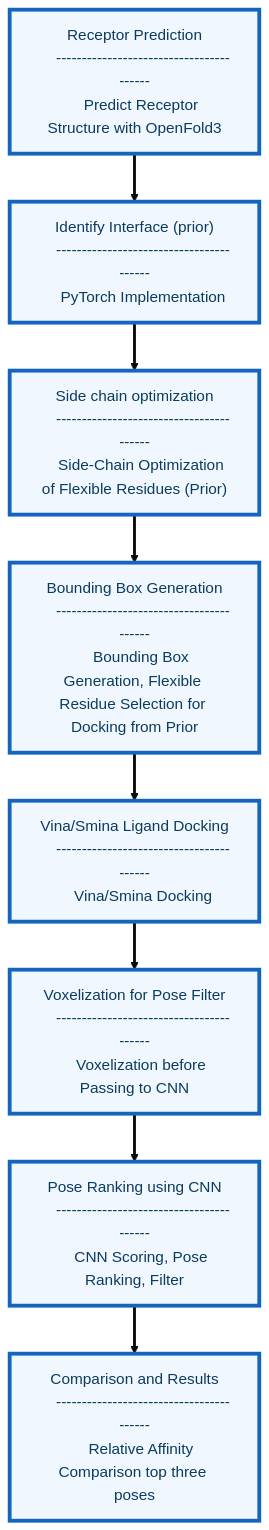
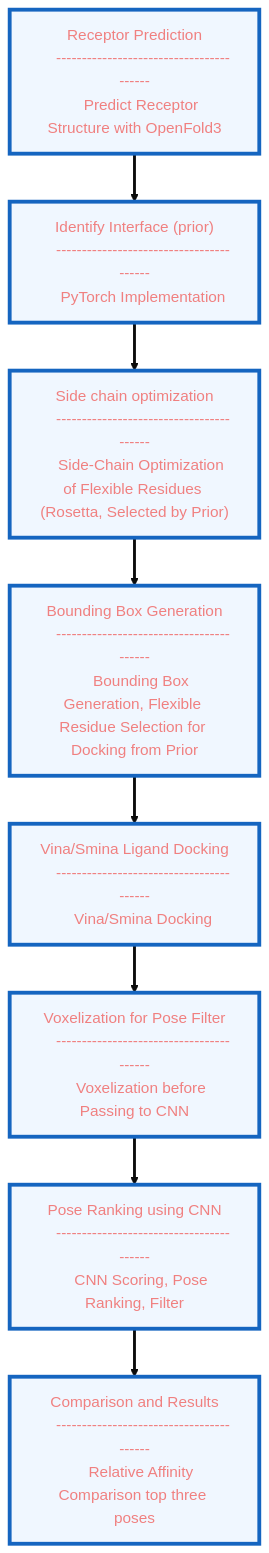
The diagram in README.md (nicolemariepaterson/dokken), drawn with Mermaid (base theme) before and after one commit.

````diff
--- a/README.md
+++ b/README.md
@@ -17,61 +17,61 @@
 ```mermaid
 flowchart TB
 
     %% Large vertical layout
 
     A[" 
     Receptor Prediction
     ----------------------------------------
     Predict Receptor Structure with OpenFold3
     "]
 
     B[" 
     Identify Interface (prior)
     ----------------------------------------
     PyTorch Implementation 
     "]
 
     C[" 
     Side chain optimization
     ----------------------------------------
-    Side-Chain Optimization of Flexible Residues (Prior)
+    Side-Chain Optimization of Flexible Residues (Rosetta, Selected by Prior)
     "]
 
     D[" 
     Bounding Box Generation
     ----------------------------------------
     Bounding Box Generation, Flexible Residue Selection for Docking from Prior
     "]
 
     E[" 
     Vina/Smina Ligand Docking
     ----------------------------------------
     Vina/Smina Docking
     "]
 
     F[" 
     Voxelization for Pose Filter
     ----------------------------------------
     Voxelization before Passing to CNN
     "]
 
     G[" 
     Pose Ranking using CNN
     ----------------------------------------
     CNN Scoring, Pose Ranking, Filter
     "]
 
     H[" 
     Comparison and Results
     ----------------------------------------
     Relative Affinity Comparison top three poses
     "]
 
     A --> B --> C --> D --> E --> F --> G --> H
 
     %% Styling
-    classDef big fill:#F0F7FF,stroke:#1565C0,stroke-width:4px,color:#0B3C5D;
+    classDef big fill:#F0F7FF,stroke:#1565C0,stroke-width:4px,color:#F08080;
     class A,B,C,D,E,F,G,H big;
 
     linkStyle default stroke-width:3px
 ```
````
